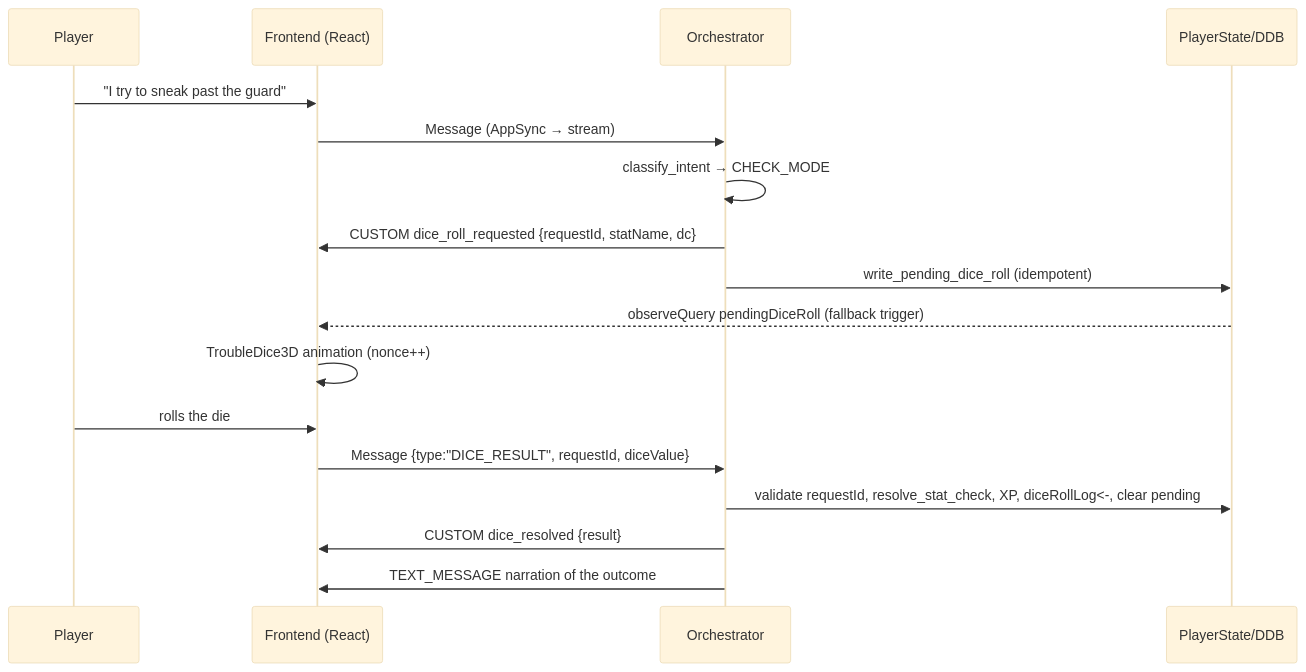
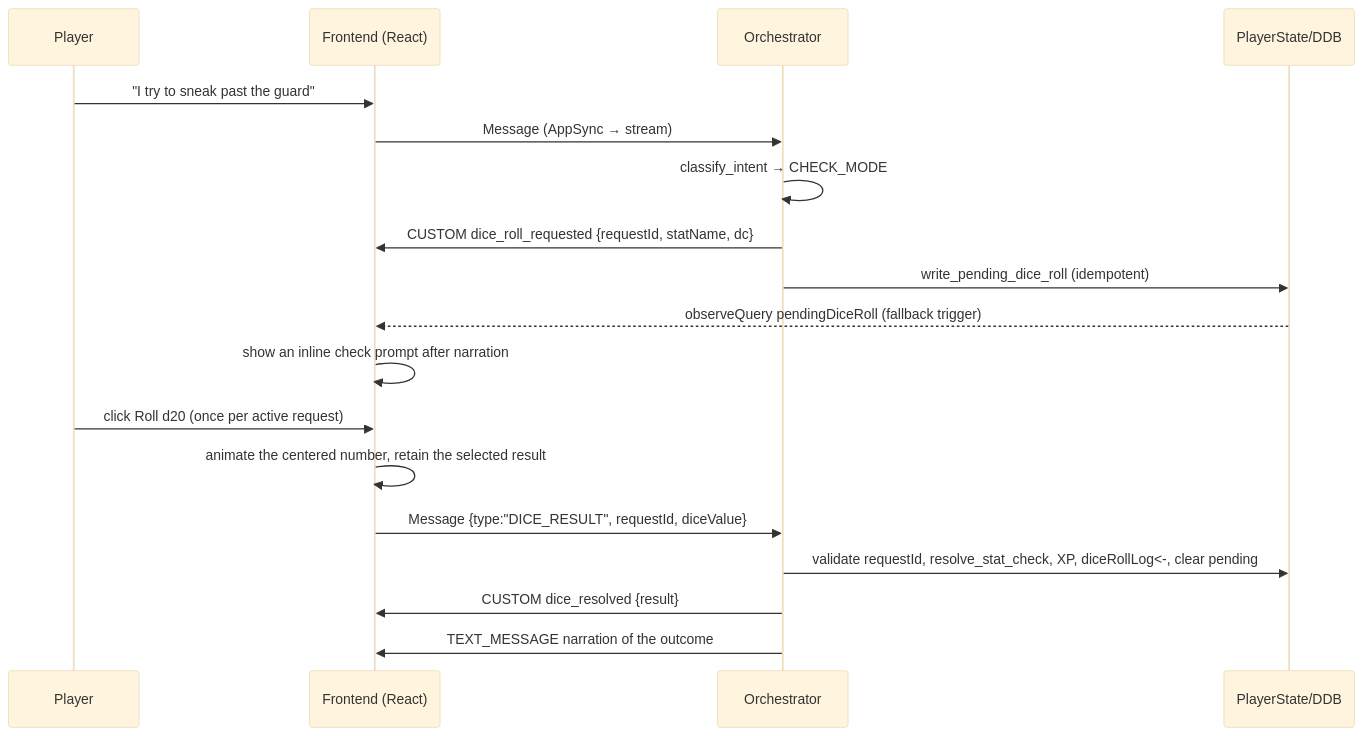
Before and after one commit to Elevator-Robot/brainincup: the third of 3 diagrams in docs/ORCHESTRATION.md, drawn with Mermaid (base theme). The commit also changed other lines of this file and 38 other files, not shown here.

Commit message:
feat(ui): optimize workspace and add prompted physics dice rolls

````diff
--- a/docs/ORCHESTRATION.md
+++ b/docs/ORCHESTRATION.md
@@ -283,20 +283,21 @@
 ```mermaid
 sequenceDiagram
     participant P as Player
     participant F as Frontend (React)
     participant B as Orchestrator
     participant DB as PlayerState/DDB
 
     P->>F: "I try to sneak past the guard"
     F->>B: Message (AppSync → stream)
     B->>B: classify_intent → CHECK_MODE
     B->>F: CUSTOM dice_roll_requested {requestId, statName, dc}
     B->>DB: write_pending_dice_roll (idempotent)
     DB-->>F: observeQuery pendingDiceRoll (fallback trigger)
-    F->>F: TroubleDice3D animation (nonce++)
-    P->>F: rolls the die
+    F->>F: show an inline check prompt after narration
+    P->>F: click Roll d20 (once per active request)
+    F->>F: animate the centered number, retain the selected result
     F->>B: Message {type:"DICE_RESULT", requestId, diceValue}
     B->>DB: validate requestId, resolve_stat_check, XP, diceRollLog<-, clear pending
     B->>F: CUSTOM dice_resolved {result}
     B->>F: TEXT_MESSAGE narration of the outcome
 ```
````
